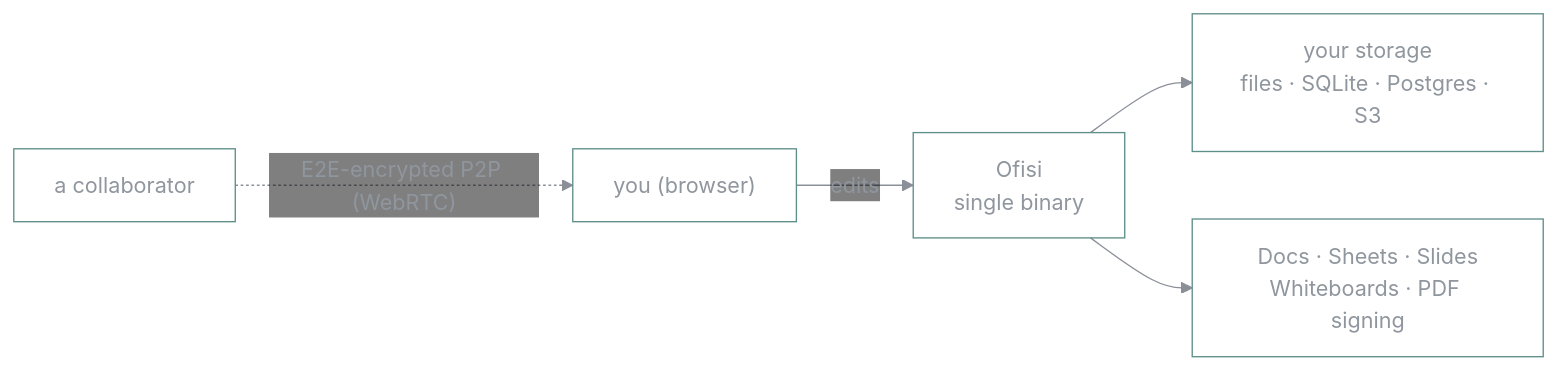
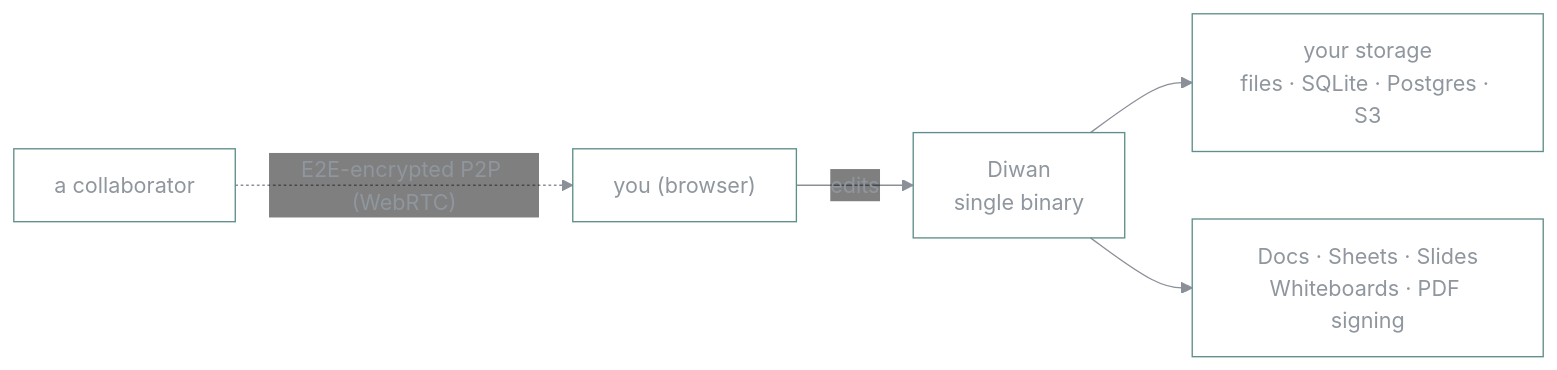
The first of 2 diagrams in README.md (vul-os/diwan), drawn with Mermaid before and after one commit. The commit also changed other lines of this file and 312 other files, not shown here.

First line of the commit message:
Rename Ofisi to Diwan, and rebuild the site on the product's own theme

````diff
--- a/README.md
+++ b/README.md
@@ -47,8 +47,8 @@
 ```mermaid
 %%{init: {'theme':'base','themeVariables':{'fontFamily':'ui-monospace, SFMono-Regular, Menlo, monospace','primaryColor':'transparent','primaryBorderColor':'#14b8a6','primaryTextColor':'#8f969e','lineColor':'#8a8f98','nodeBorder':'#5f8f8a','edgeLabelBackground':'transparent','clusterBorder':'#3f8f86','clusterBkg':'transparent'}}}%%
 flowchart LR
-    you["you (browser)"] -->|edits| ofisi["Ofisi<br/>single binary"]
+    you["you (browser)"] -->|edits| diwan["Diwan<br/>single binary"]
     peer["a collaborator"] -.->|"E2E-encrypted P2P (WebRTC)"| you
-    ofisi --> store["your storage<br/>files · SQLite · Postgres · S3"]
-    ofisi --> surfaces["Docs · Sheets · Slides<br/>Whiteboards · PDF signing"]
+    diwan --> store["your storage<br/>files · SQLite · Postgres · S3"]
+    diwan --> surfaces["Docs · Sheets · Slides<br/>Whiteboards · PDF signing"]
 ```
````
